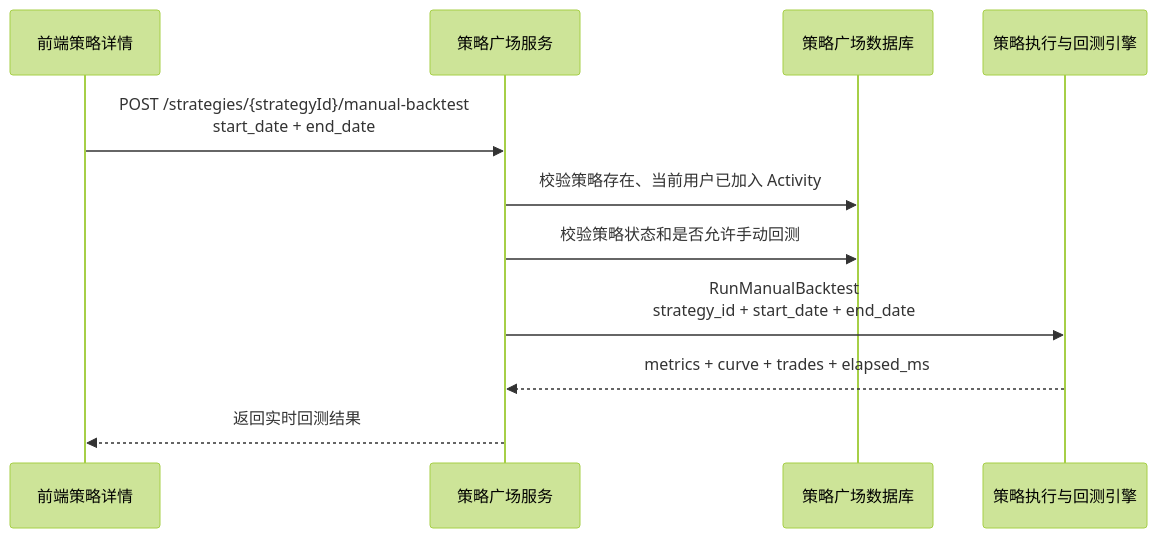
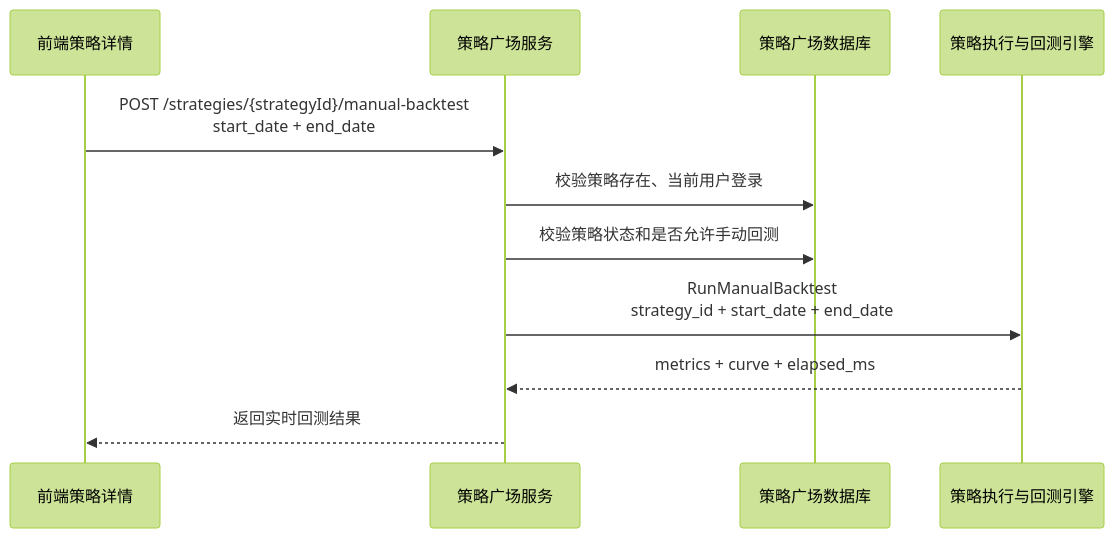
Before and after one commit to hongqnet/quantitative-strategy: the eighth of 10 diagrams in doc/strategy-marketplace-phase1-technical-architecture.md, drawn with Mermaid (forest theme). The commit also changed other lines of this file and 3 other files, not shown here.

````diff
--- a/doc/strategy-marketplace-phase1-technical-architecture.md
+++ b/doc/strategy-marketplace-phase1-technical-architecture.md
@@ -484,14 +508,14 @@
 ```mermaid
 sequenceDiagram
     participant FE as 前端策略详情
     participant MKT as 策略广场服务
     participant DB as 策略广场数据库
     participant EXE as 策略执行与回测引擎
 
     FE->>MKT: POST /strategies/{strategyId}/manual-backtest<br/>start_date + end_date
-    MKT->>DB: 校验策略存在、当前用户已加入 Activity
+    MKT->>DB: 校验策略存在、当前用户登录
     MKT->>DB: 校验策略状态和是否允许手动回测
     MKT->>EXE: RunManualBacktest<br/>strategy_id + start_date + end_date
-    EXE-->>MKT: metrics + curve + trades + elapsed_ms
+    EXE-->>MKT: metrics + curve + elapsed_ms
     MKT-->>FE: 返回实时回测结果
 ```
````
